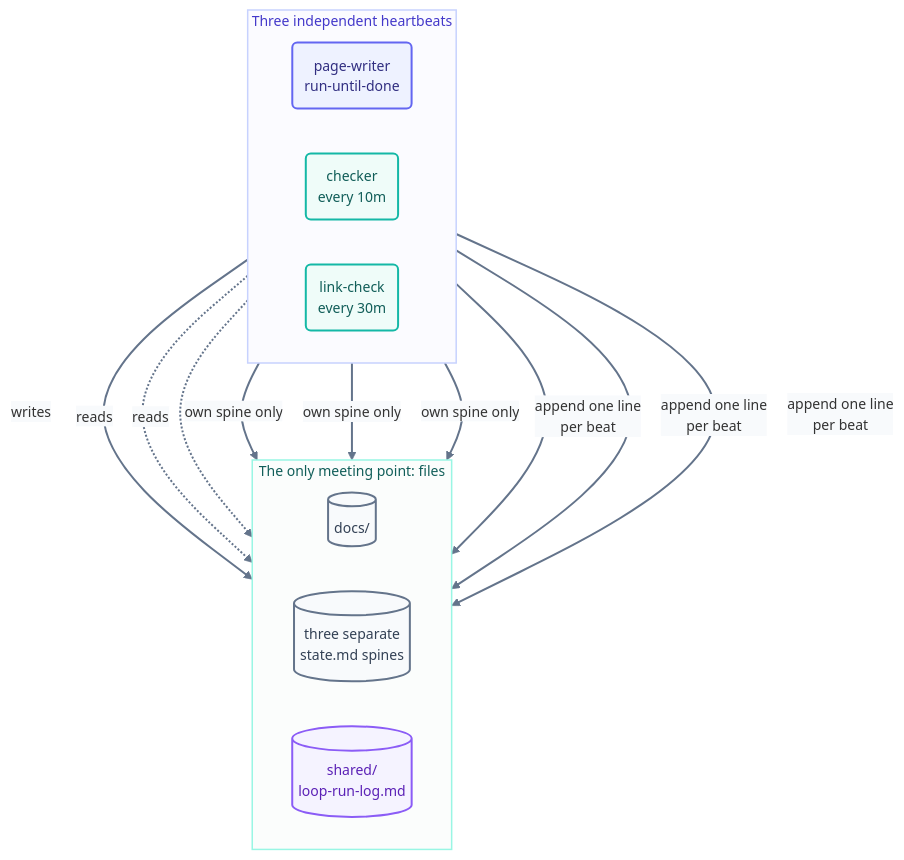
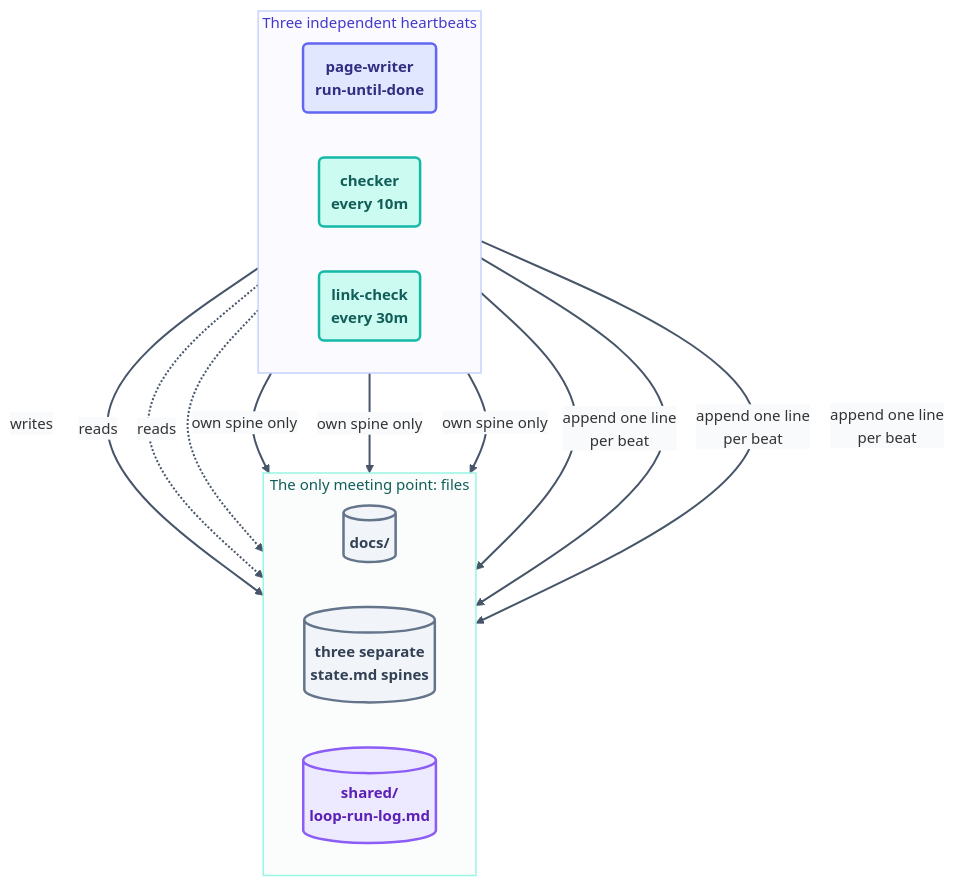
The diagram in loops/README.md (ayeshakhalid192007-dev/LoopEngineering-CrashCourse), drawn with Mermaid before and after one commit. The commit also changed 66 other files, not shown here.

First line of the commit message:
docs(diagrams): visibly bolder pass — deeper fills, heavier strokes, semibold labels

````diff
--- a/loops/README.md
+++ b/loops/README.md
@@ -56,28 +56,28 @@
 ```mermaid
-%%{init: {'theme':'base','themeVariables':{'fontFamily':'ui-sans-serif, system-ui, sans-serif','fontSize':'14px','lineColor':'#64748b','edgeLabelBackground':'#f8fafc'},'flowchart':{'curve':'basis','nodeSpacing':45,'rankSpacing':55,'padding':12}}}%%
+%%{init: {'theme':'base','themeVariables':{'fontFamily':'ui-sans-serif, system-ui, sans-serif','fontSize':'15px','lineColor':'#475569','edgeLabelBackground':'#f8fafc'},'flowchart':{'curve':'basis','nodeSpacing':45,'rankSpacing':55,'padding':12}}}%%
 flowchart TB
     subgraph HEARTBEATS ["Three independent heartbeats"]
       direction LR
       PW("page-writer<br/>run-until-done"):::maker
       CK("checker<br/>every 10m"):::check
       LC("link-check<br/>every 30m"):::check
     end
     subgraph FILES ["The only meeting point: files"]
       direction LR
       DOCS[("docs/")]:::file
       SPINES[("three separate<br/>state.md spines")]:::file
       LOG[("shared/<br/>loop-run-log.md")]:::log
     end
     PW -->|writes| DOCS
     CK -.->|reads| DOCS
     LC -.->|reads| DOCS
     PW & CK & LC -->|own spine only| SPINES
     PW & CK & LC -->|append one line<br/>per beat| LOG
-    linkStyle default stroke:#64748b,stroke-width:2px;
-    classDef maker fill:#eef2ff,stroke:#6366f1,stroke-width:2px,color:#312e81;
-    classDef check fill:#effcf9,stroke:#14b8a6,stroke-width:2px,color:#115e59;
-    classDef file fill:#f8fafc,stroke:#64748b,stroke-width:2px,color:#334155;
-    classDef log fill:#f5f3ff,stroke:#8b5cf6,stroke-width:2px,color:#5b21b6;
+    linkStyle default stroke:#475569,stroke-width:2px;
+    classDef maker fill:#e0e7ff,stroke:#6366f1,stroke-width:2.5px,color:#312e81,font-weight:600;
+    classDef check fill:#ccfbf1,stroke:#14b8a6,stroke-width:2.5px,color:#115e59,font-weight:600;
+    classDef file fill:#f1f5f9,stroke:#64748b,stroke-width:2.5px,color:#334155,font-weight:600;
+    classDef log fill:#ede9fe,stroke:#8b5cf6,stroke-width:2.5px,color:#5b21b6,font-weight:600;
     style HEARTBEATS fill:#fbfbff,stroke:#c7d2fe,stroke-width:1.5px,color:#4338ca;
     style FILES fill:#fbfdfc,stroke:#99f6e4,stroke-width:1.5px,color:#115e59;
 ```
````
